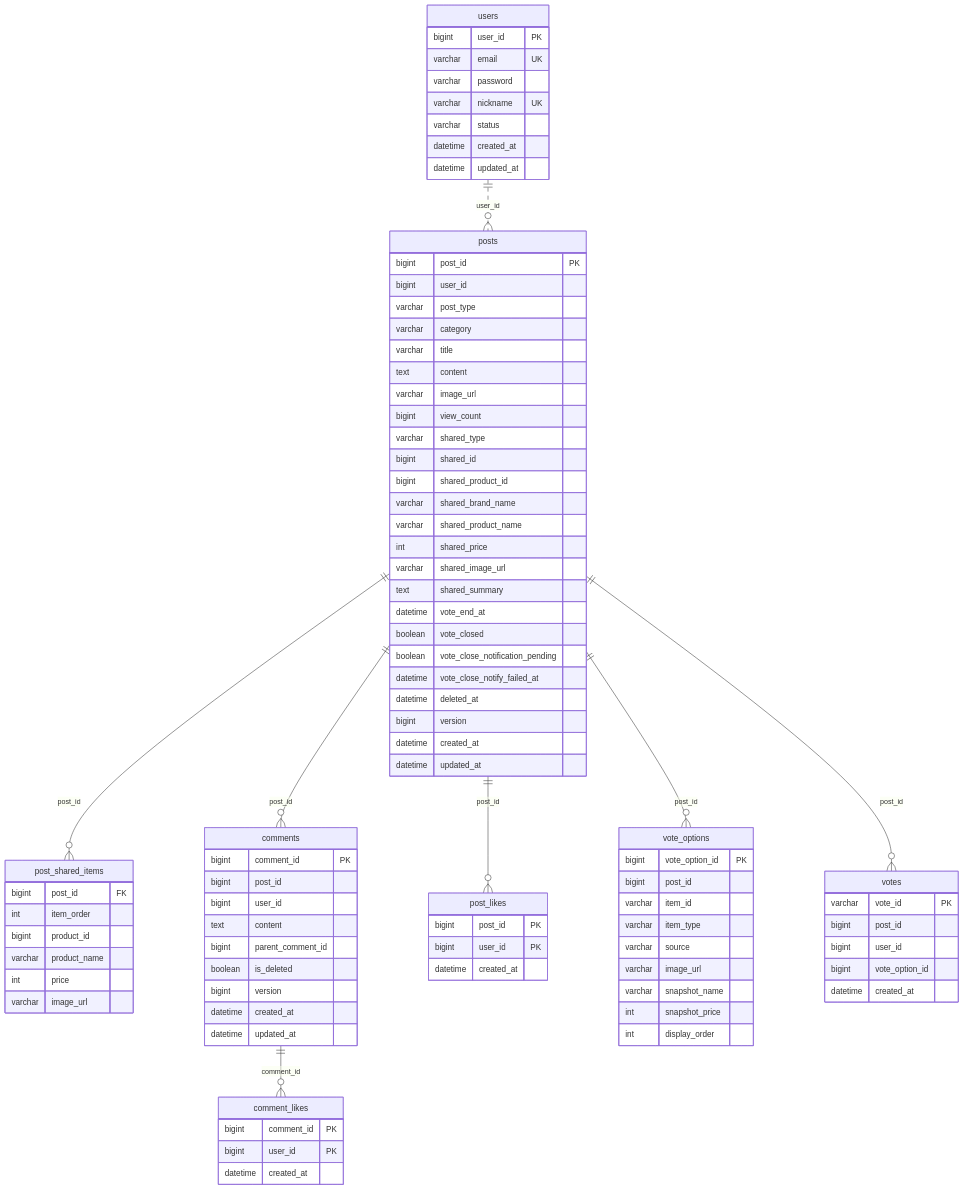
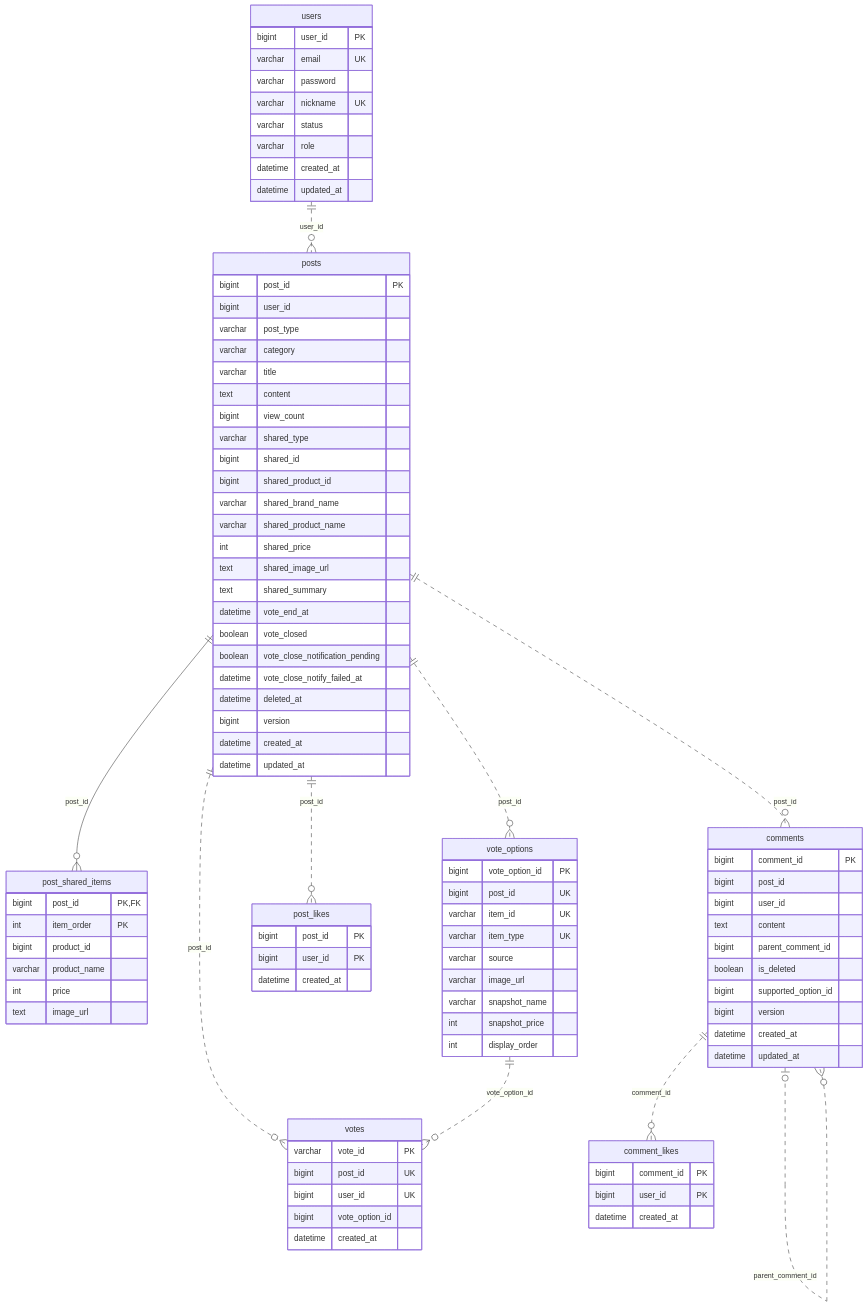
One commit to duckfairy-wak/fitzza_msa_finalproject changed the diagram in docs/erd/community-service.mmd. Above: the diagram before and after it, drawn with Mermaid. The commit also changed 28 other files, not shown here.

First line of the commit message:
[Docs]_03/Align_ERD_With_Implemented_Schema

```diff
--- a/docs/erd/community-service.mmd
+++ b/docs/erd/community-service.mmd
@@ -1,108 +1,111 @@
 erDiagram
     %% Central service: community-service
     %% Source: ../entity-relationship-diagram.mmd
     %% Original columns, cardinalities and line styles preserved.
     %% || = exactly one; o| = zero or one; o{ = zero or more; |{ = one or more.
     %% Edge labels name the referencing column in the child table.
     %% Cross-service edges are logical references, not cross-schema FK or direct access.
     %% Owned tables: posts, post_shared_items, comments, post_likes, comment_likes, vote_options, votes
     %% External table: users (user-service)
 
     %% Internal and directly connected external relationships
+    users ||..o{ posts : "user_id"
     posts ||--o{ post_shared_items : "post_id"
-    posts ||--o{ comments : "post_id"
-    posts ||--o{ post_likes : "post_id"
-    posts ||--o{ vote_options : "post_id"
-    posts ||--o{ votes : "post_id"
-    comments ||--o{ comment_likes : "comment_id"
-    users ||..o{ posts : "user_id"
+    posts ||..o{ comments : "post_id"
+    comments |o..o{ comments : "parent_comment_id"
+    posts ||..o{ post_likes : "post_id"
+    posts ||..o{ vote_options : "post_id"
+    posts ||..o{ votes : "post_id"
+    vote_options ||..o{ votes : "vote_option_id"
+    comments ||..o{ comment_likes : "comment_id"
 
     posts {
         bigint post_id PK
         bigint user_id
         varchar post_type
         varchar category
         varchar title
         text content
-        varchar image_url
         bigint view_count
         varchar shared_type
         bigint shared_id
         bigint shared_product_id
         varchar shared_brand_name
         varchar shared_product_name
         int shared_price
-        varchar shared_image_url
+        text shared_image_url
         text shared_summary
         datetime vote_end_at
         boolean vote_closed
         boolean vote_close_notification_pending
         datetime vote_close_notify_failed_at
         datetime deleted_at
         bigint version
         datetime created_at
         datetime updated_at
     }
 
     post_shared_items {
-        bigint post_id FK
-        int item_order
+        bigint post_id PK, FK
+        int item_order PK
         bigint product_id
         varchar product_name
         int price
-        varchar image_url
+        text image_url
     }
 
     comments {
         bigint comment_id PK
         bigint post_id
         bigint user_id
         text content
         bigint parent_comment_id
         boolean is_deleted
+        bigint supported_option_id
         bigint version
         datetime created_at
         datetime updated_at
     }
 
     post_likes {
         bigint post_id PK
         bigint user_id PK
         datetime created_at
     }
 
     comment_likes {
         bigint comment_id PK
         bigint user_id PK
         datetime created_at
     }
 
     vote_options {
         bigint vote_option_id PK
-        bigint post_id
-        varchar item_id
-        varchar item_type
+        bigint post_id UK
+        varchar item_id UK
+        varchar item_type UK
         varchar source
         varchar image_url
         varchar snapshot_name
         int snapshot_price
         int display_order
     }
 
     votes {
         varchar vote_id PK
-        bigint post_id
-        bigint user_id
+        bigint post_id UK
+        bigint user_id UK
         bigint vote_option_id
         datetime created_at
     }
 
     users {
         bigint user_id PK
         varchar email UK
         varchar password
         varchar nickname UK
         varchar status
+        varchar role
         datetime created_at
         datetime updated_at
     }
```
